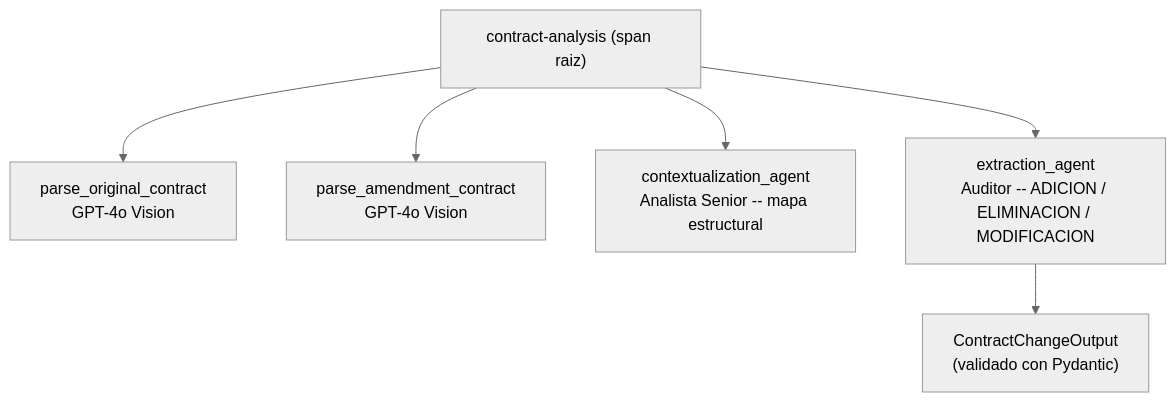
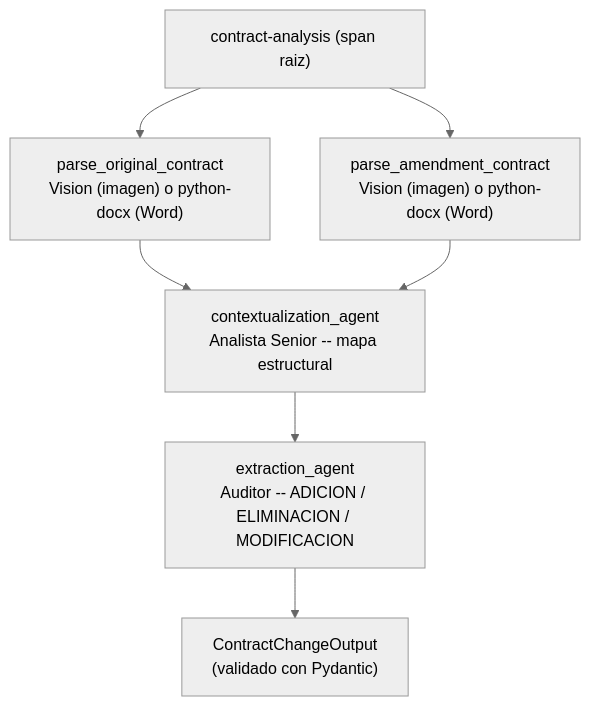
The second of 2 diagrams in docs/ARCHITECTURE.md (FacundoBettella/AGENT-DOC), drawn with Mermaid (neutral theme) before and after one commit. The commit also changed other lines of this file and 7 other files, not shown here.

First line of the commit message:
feat: parallelize contract parsing and add Word (.docx) support

````diff
--- a/docs/ARCHITECTURE.md
+++ b/docs/ARCHITECTURE.md
@@ -58,9 +58,10 @@
 ```mermaid
 flowchart TB
     ROOT["contract-analysis (span raiz)"]
-    ROOT --> P1["parse_original_contract<br/>GPT-4o Vision"]
-    ROOT --> P2["parse_amendment_contract<br/>GPT-4o Vision"]
-    ROOT --> A1["contextualization_agent<br/>Analista Senior -- mapa estructural"]
-    ROOT --> A2["extraction_agent<br/>Auditor -- ADICION / ELIMINACION / MODIFICACION"]
+    ROOT --> P1["parse_original_contract<br/>Vision (imagen) o python-docx (Word)"]
+    ROOT --> P2["parse_amendment_contract<br/>Vision (imagen) o python-docx (Word)"]
+    P1 --> A1["contextualization_agent<br/>Analista Senior -- mapa estructural"]
+    P2 --> A1
+    A1 --> A2["extraction_agent<br/>Auditor -- ADICION / ELIMINACION / MODIFICACION"]
     A2 --> OUT["ContractChangeOutput<br/>(validado con Pydantic)"]
 ```
````
